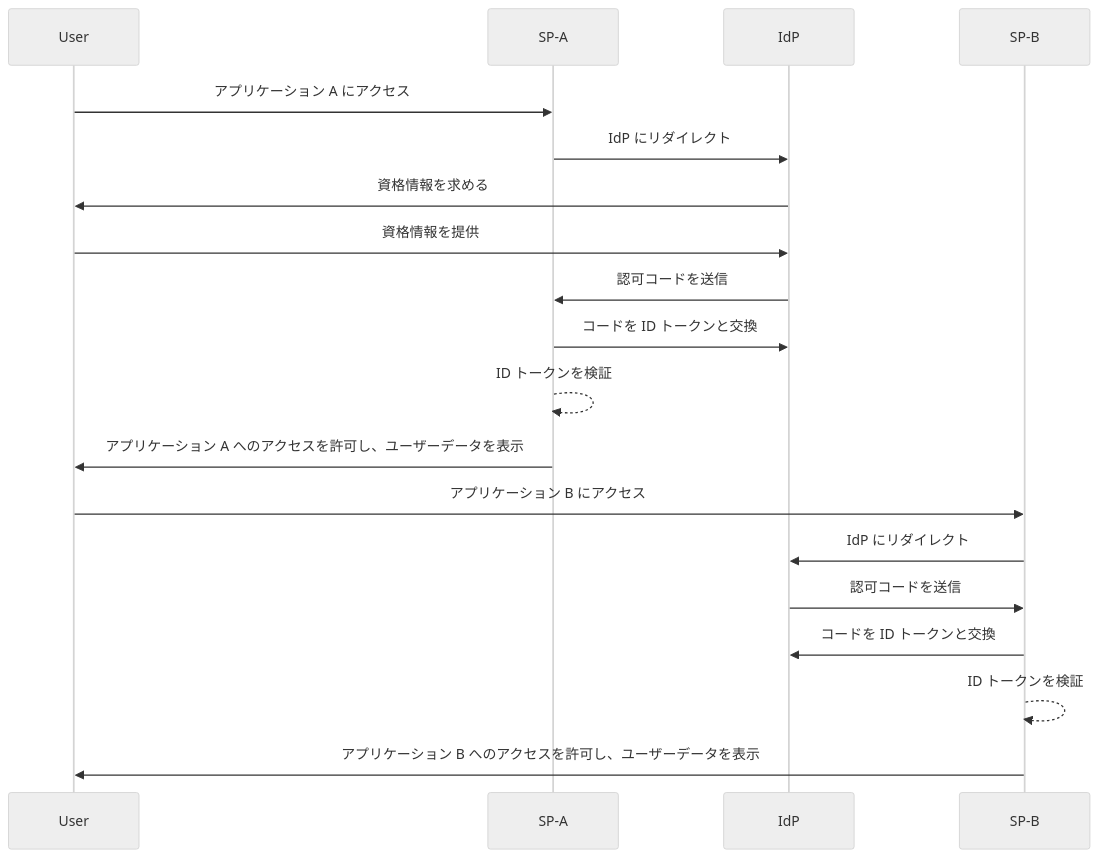
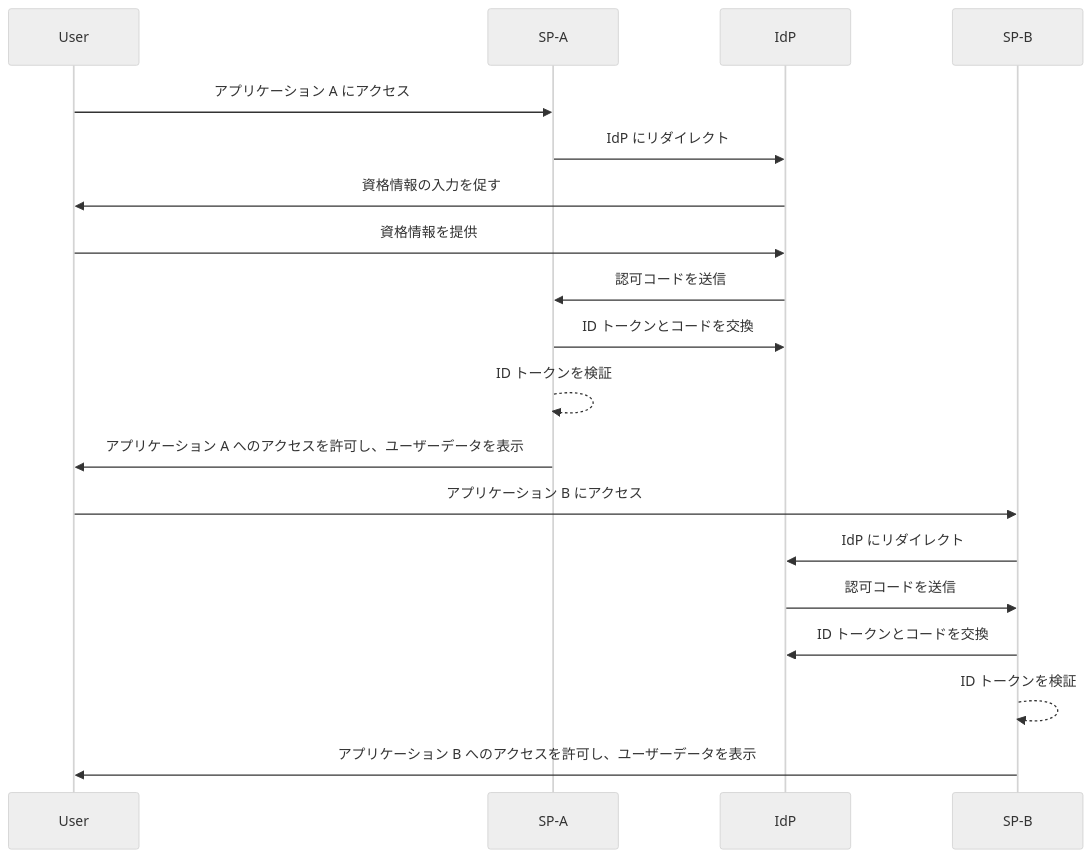
Before and after one commit to logto-io/auth-wiki: the second of 2 diagrams in src/content/terms/ja/single-sign-on.mdx, drawn with Mermaid (neutral theme). The commit also changed other lines of this file and 8 other files, not shown here.

````diff
--- a/src/content/terms/ja/single-sign-on.mdx
+++ b/src/content/terms/ja/single-sign-on.mdx
@@ -54,22 +56,22 @@
 ```mermaid
 sequenceDiagram
     participant User
     participant SP-A
     participant IdP
     participant SP-B
 
     User->>SP-A: アプリケーション A にアクセス
     SP-A->>IdP: IdP にリダイレクト
-    IdP->>User: 資格情報を求める
+    IdP->>User: 資格情報の入力を促す
     User->>IdP: 資格情報を提供
     IdP->>SP-A: 認可コードを送信
-    SP-A->>IdP: コードを ID トークンと交換
+    SP-A->>IdP: ID トークンとコードを交換
     SP-A-->>SP-A: ID トークンを検証
     SP-A->>User: アプリケーション A へのアクセスを許可し、ユーザーデータを表示
     User->>SP-B: アプリケーション B にアクセス
     SP-B->>IdP: IdP にリダイレクト
     IdP->>SP-B: 認可コードを送信
-    SP-B->>IdP: コードを ID トークンと交換
+    SP-B->>IdP: ID トークンとコードを交換
     SP-B-->>SP-B: ID トークンを検証
     SP-B->>User: アプリケーション B へのアクセスを許可し、ユーザーデータを表示
 ```
````
